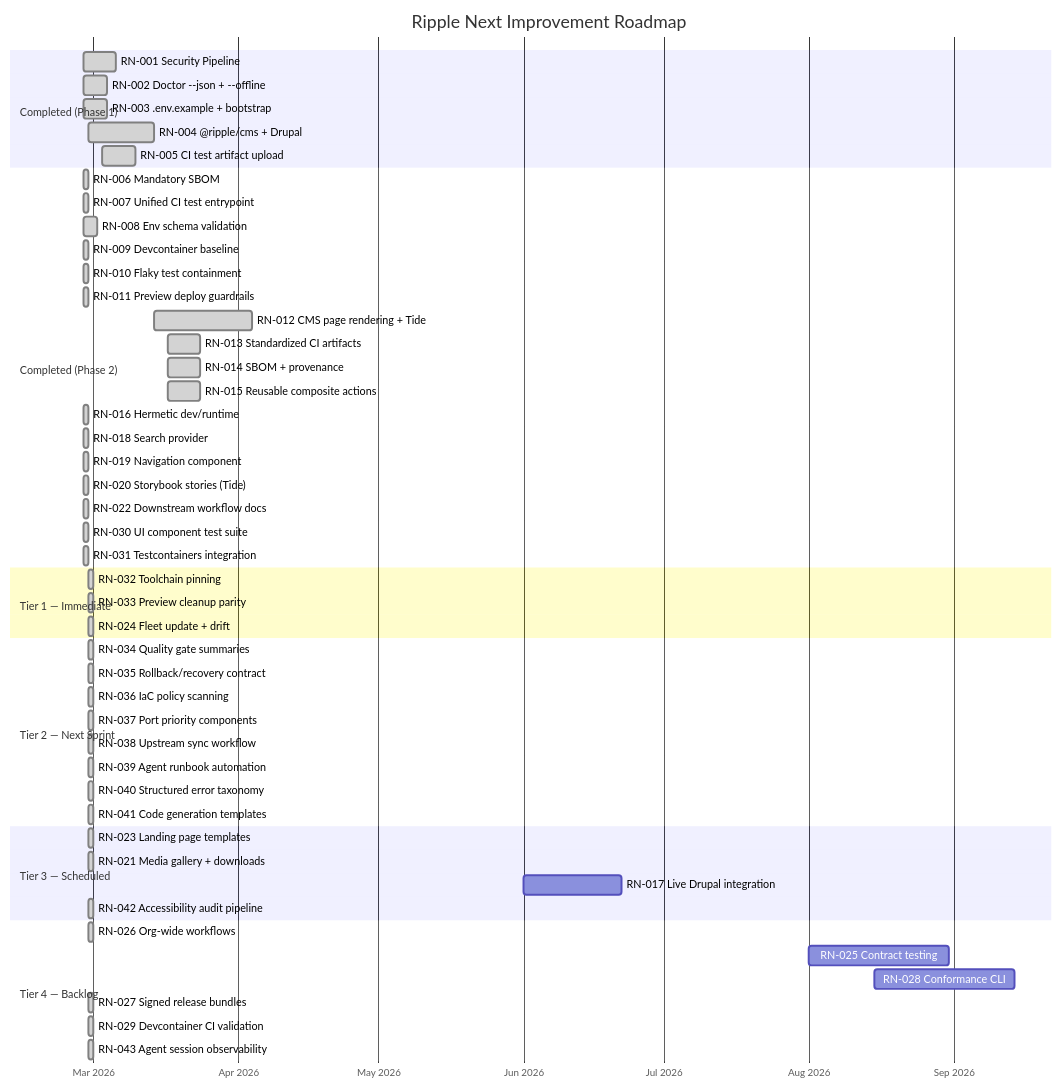
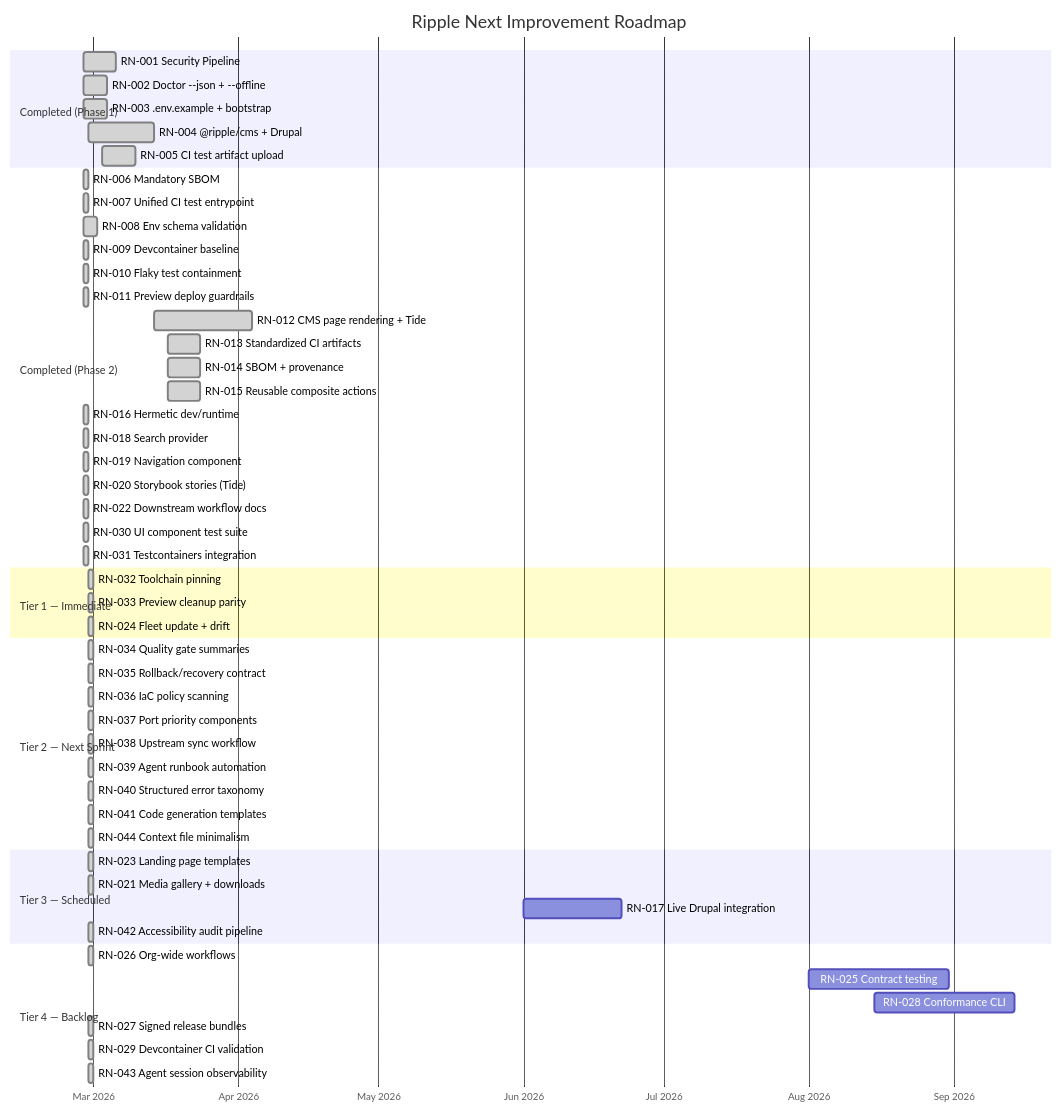
One commit to jbejenar/ripple-next changed the second of 6 diagrams in docs/product-roadmap/README.md. Above: the diagram before and after it, drawn with Mermaid. The commit also changed other lines of this file and 13 other files, not shown here.

````diff
--- a/docs/product-roadmap/README.md
+++ b/docs/product-roadmap/README.md
@@ -675,61 +705,62 @@
 ```mermaid
 gantt
     title Ripple Next Improvement Roadmap
     dateFormat YYYY-MM-DD
     axisFormat %b %Y
 
     section Completed (Phase 1)
     RN-001 Security Pipeline              :done, rn001, 2026-02-27, 7d
     RN-002 Doctor --json + --offline       :done, rn002, 2026-02-27, 5d
     RN-003 .env.example + bootstrap        :done, rn003, 2026-02-27, 5d
     RN-004 @ripple/cms + Drupal            :done, rn004, 2026-02-28, 14d
     RN-005 CI test artifact upload         :done, rn005, 2026-03-03, 7d
 
     section Completed (Phase 2)
     RN-006 Mandatory SBOM                  :done, rn006, 2026-02-27, 1d
     RN-007 Unified CI test entrypoint      :done, rn007, 2026-02-27, 1d
     RN-008 Env schema validation           :done, rn008, 2026-02-27, 3d
     RN-009 Devcontainer baseline           :done, rn009, 2026-02-27, 1d
     RN-010 Flaky test containment          :done, rn010, 2026-02-27, 1d
     RN-011 Preview deploy guardrails       :done, rn011, 2026-02-27, 1d
     RN-012 CMS page rendering + Tide       :done, rn012, 2026-03-14, 21d
     RN-013 Standardized CI artifacts       :done, rn013, 2026-03-17, 7d
     RN-014 SBOM + provenance               :done, rn014, 2026-03-17, 7d
     RN-015 Reusable composite actions      :done, rn015, 2026-03-17, 7d
     RN-016 Hermetic dev/runtime            :done, rn016, 2026-02-27, 1d
     RN-018 Search provider                 :done, rn018, 2026-02-27, 1d
     RN-019 Navigation component            :done, rn019, 2026-02-27, 1d
     RN-020 Storybook stories (Tide)        :done, rn020, 2026-02-27, 1d
     RN-022 Downstream workflow docs        :done, rn022, 2026-02-27, 1d
     RN-030 UI component test suite         :done, rn030, 2026-02-27, 1d
     RN-031 Testcontainers integration      :done, rn031, 2026-02-27, 1d
 
     section Tier 1 — Immediate
     RN-032 Toolchain pinning               :done, rn032, 2026-02-28, 1d
     RN-033 Preview cleanup parity          :done, rn033, 2026-02-28, 1d
     RN-024 Fleet update + drift            :done, rn024, 2026-02-28, 1d
 
     section Tier 2 — Next Sprint
     RN-034 Quality gate summaries          :done, rn034, 2026-02-28, 1d
     RN-035 Rollback/recovery contract      :done, rn035, 2026-02-28, 1d
     RN-036 IaC policy scanning             :done, rn036, 2026-02-28, 1d
     RN-037 Port priority components        :done, rn037, 2026-02-28, 1d
     RN-038 Upstream sync workflow          :done, rn038, 2026-02-28, 1d
     RN-039 Agent runbook automation        :done, rn039, 2026-02-28, 1d
     RN-040 Structured error taxonomy       :done, rn040, 2026-02-28, 1d
     RN-041 Code generation templates       :done, rn041, 2026-02-28, 1d
+    RN-044 Context file minimalism       :done, rn044, 2026-02-28, 1d
 
     section Tier 3 — Scheduled
     RN-023 Landing page templates          :done, rn023, 2026-02-28, 1d
     RN-021 Media gallery + downloads       :done, rn021, 2026-02-28, 1d
     RN-017 Live Drupal integration         :rn017, 2026-06-01, 21d
     RN-042 Accessibility audit pipeline    :done, rn042, 2026-02-28, 1d
 
     section Tier 4 — Backlog
     RN-026 Org-wide workflows              :done, rn026, 2026-02-28, 1d
     RN-025 Contract testing                :rn025, 2026-08-01, 30d
     RN-028 Conformance CLI                 :rn028, 2026-08-15, 30d
     RN-027 Signed release bundles          :done, rn027, 2026-02-28, 1d
     RN-029 Devcontainer CI validation      :done, rn029, 2026-02-28, 1d
     RN-043 Agent session observability     :done, rn043, 2026-02-28, 1d
 ```
````
